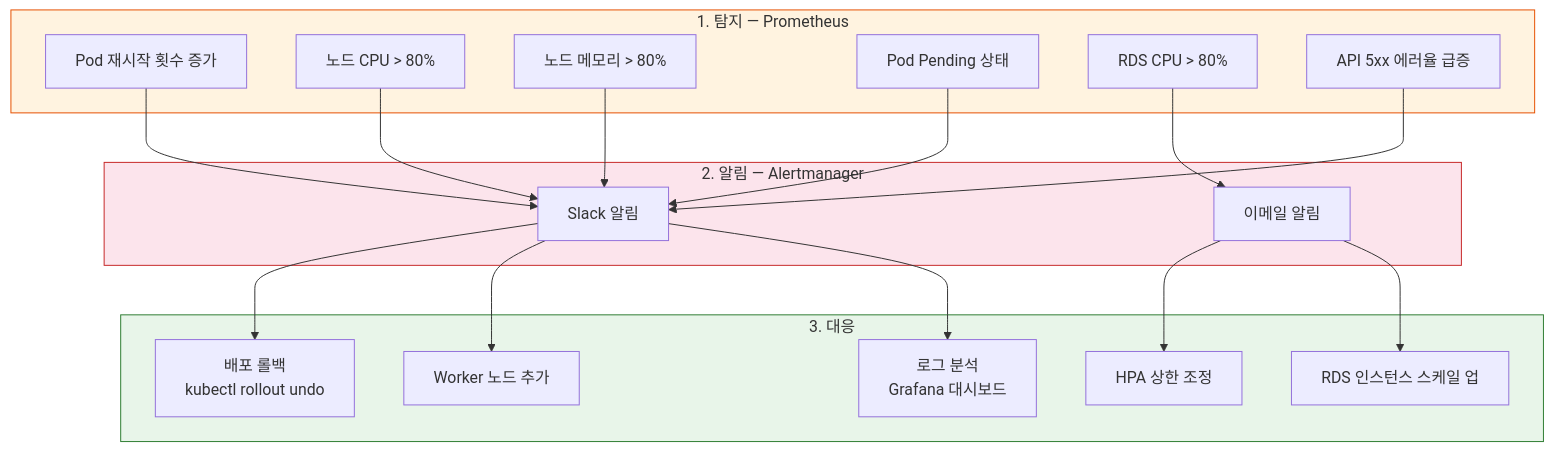
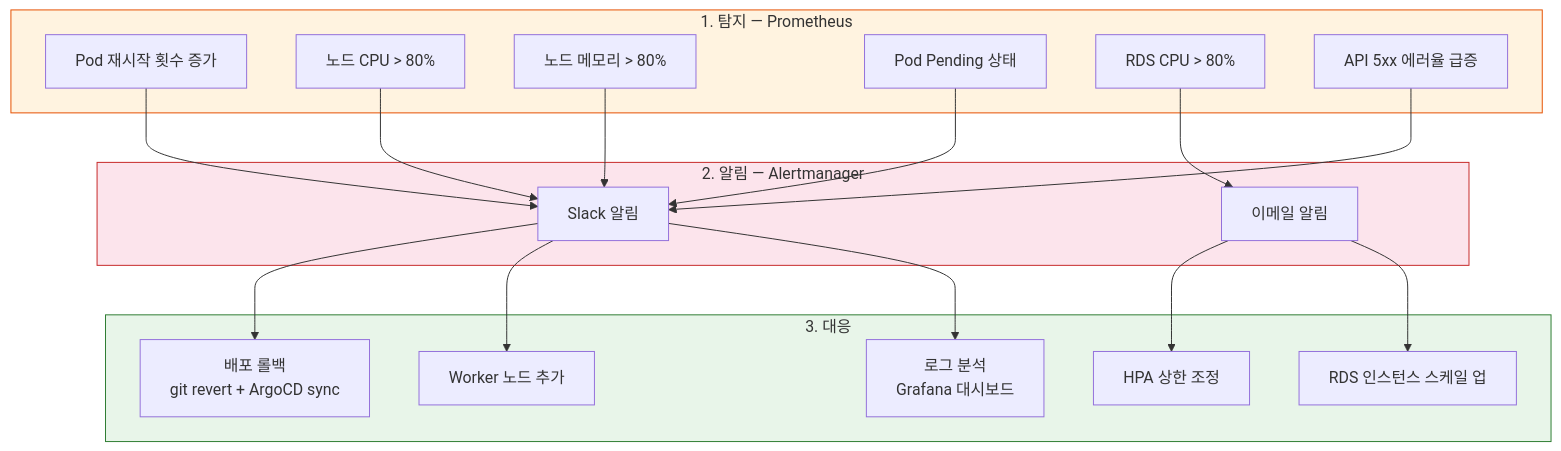
Before and after one commit to revenantonthemission/2-cho-community-infra: diagram 18 of 18 in report.md, drawn with Mermaid. The commit also changed other lines of this file, not shown here.

First line of the commit message:
docs: report.md 전면 개편 — Camp Linux 브랜딩, ArgoCD GitOps, 최신 기능 반영

````diff
--- a/report.md
+++ b/report.md
@@ -867,41 +866,41 @@
 ```mermaid
 flowchart TD
     subgraph Detect["1. 탐지 — Prometheus"]
         Pod_Restart["Pod 재시작 횟수 증가"]
         CPU_High["노드 CPU > 80%"]
         Mem_High["노드 메모리 > 80%"]
         Pod_Pending["Pod Pending 상태"]
         RDS_CPU["RDS CPU > 80%"]
         API_5xx["API 5xx 에러율 급증"]
     end
 
     subgraph Alert["2. 알림 — Alertmanager"]
         Slack["Slack 알림"]
         Email["이메일 알림"]
     end
 
     subgraph Response["3. 대응"]
-        Rollback["배포 롤백<br/>kubectl rollout undo"]
+        Rollback["배포 롤백<br/>git revert + ArgoCD sync"]
         Scale_Node["Worker 노드 추가"]
         Scale_Pod["HPA 상한 조정"]
         RDS_Scale["RDS 인스턴스 스케일 업"]
         Debug["로그 분석<br/>Grafana 대시보드"]
     end
 
     Pod_Restart --> Slack
     CPU_High --> Slack
     Mem_High --> Slack
     Pod_Pending --> Slack
     RDS_CPU --> Email
     API_5xx --> Slack
 
     Slack --> Rollback
     Slack --> Scale_Node
     Email --> Scale_Pod
     Email --> RDS_Scale
     Slack --> Debug
 
     style Detect fill:#fff3e0,stroke:#e65100
     style Alert fill:#fce4ec,stroke:#c62828
     style Response fill:#e8f5e9,stroke:#2e7d32
 ```
````
